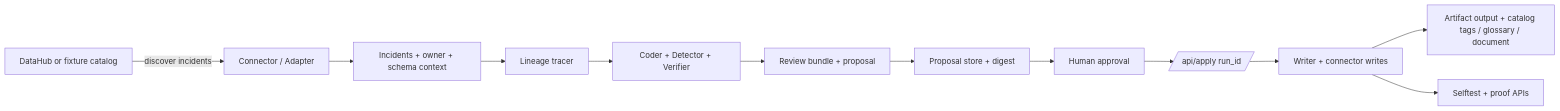
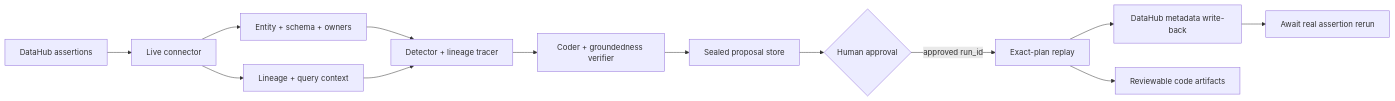
One commit to Anand-0038/remedi changed the diagram in README.md. Above: the diagram before and after it, drawn with Mermaid. The commit also changed other lines of this file and 36 other files, not shown here.

Commit message:
feat: connect Remedi to live DataHub workflow

````diff
--- a/README.md
+++ b/README.md
@@ -117,14 +61,15 @@
 ```mermaid
 flowchart LR
-  A[DataHub or fixture catalog] -->|discover incidents| B[Connector / Adapter]
-  B --> C[Incidents + owner + schema context]
-  C --> D[Lineage tracer]
-  D --> E[Coder + Detector + Verifier]
-  E --> F[Review bundle + proposal]
-  F --> G[Proposal store + digest]
-  G --> H[Human approval]
-  H --> I[/api/apply run_id/]
-  I --> J[Writer + connector writes]
-  J --> K[Artifact output + catalog tags / glossary / document]
-  J --> L[Selftest + proof APIs]
+  A[DataHub assertions] --> B[Live connector]
+  B --> C[Entity + schema + owners]
+  B --> D[Lineage + query context]
+  C --> E[Detector + lineage tracer]
+  D --> E
+  E --> F[Coder + groundedness verifier]
+  F --> G[Sealed proposal store]
+  G --> H{Human approval}
+  H -->|approved run_id| I[Exact-plan replay]
+  I --> J[DataHub metadata write-back]
+  I --> K[Reviewable code artifacts]
+  J --> L[Await real assertion rerun]
 ```
````
